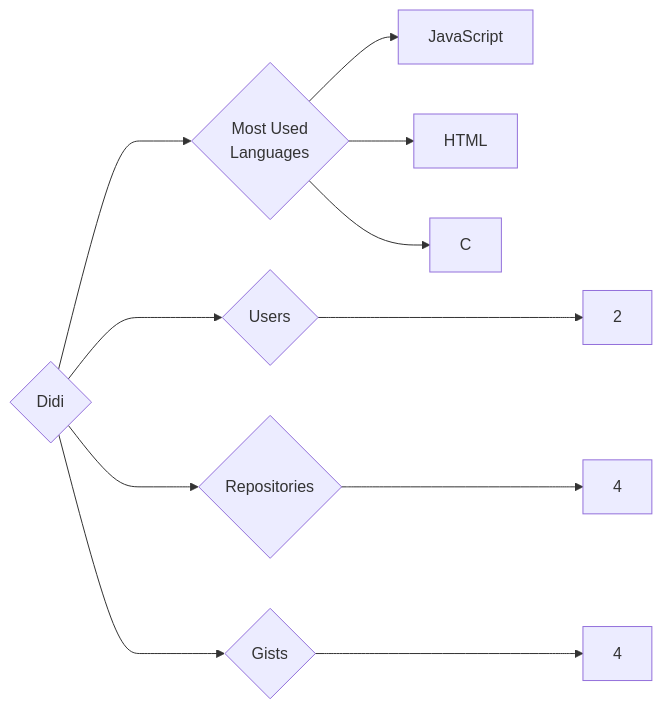
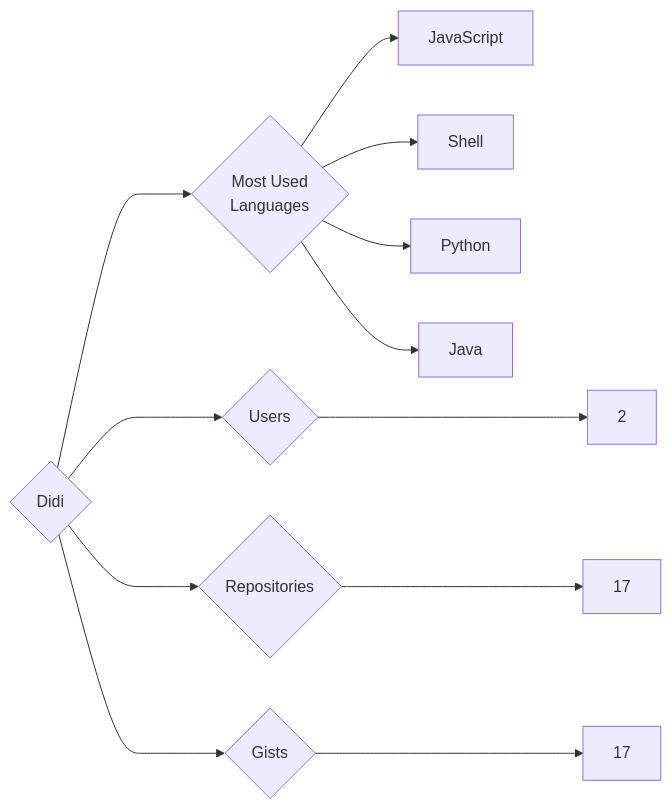
One commit to trickest/insiders changed the diagram in targets/Didi/README.md. Above: the diagram before and after it, drawn with Mermaid. The commit also changed 873 other files, not shown here.

````diff
--- a/targets/Didi/README.md
+++ b/targets/Didi/README.md
@@ -3,11 +3,12 @@
 ```mermaid
 graph LR
 COMPANY_NAME{Didi}
 COMPANY_NAME ---> U{Users} ---> UN[2]
-COMPANY_NAME ---> R{Repositories} ---> RN[4]
-COMPANY_NAME ---> G{Gists} ---> GN[4]
+COMPANY_NAME ---> R{Repositories} ---> RN[17]
+COMPANY_NAME ---> G{Gists} ---> GN[17]
 COMPANY_NAME ---> ML{Most Used<br>Languages}
 ML --> JavaScript[JavaScript]
-ML --> HTML[HTML]
-ML --> C[C]
+ML --> Shell[Shell]
+ML --> Python[Python]
+ML --> Java[Java]
 ```
````
